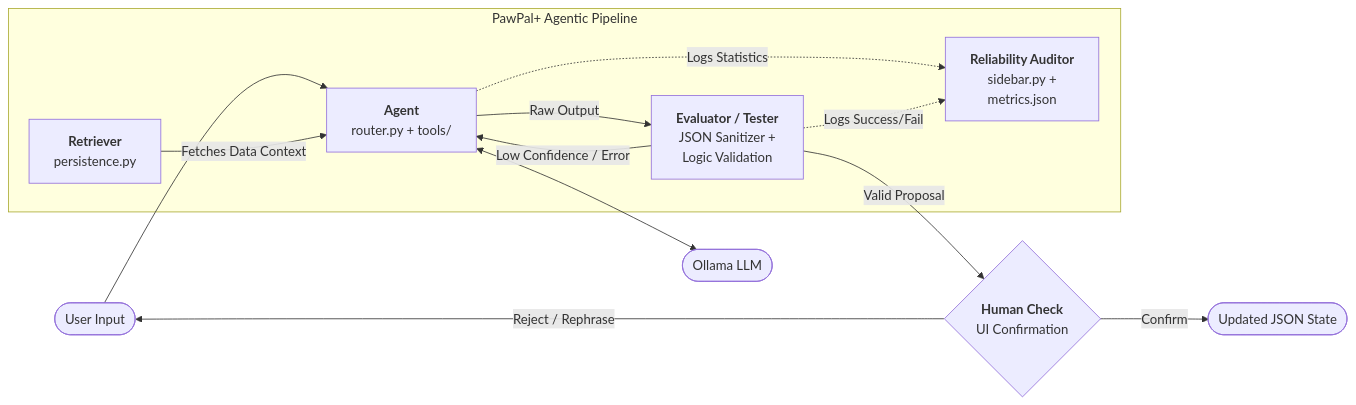
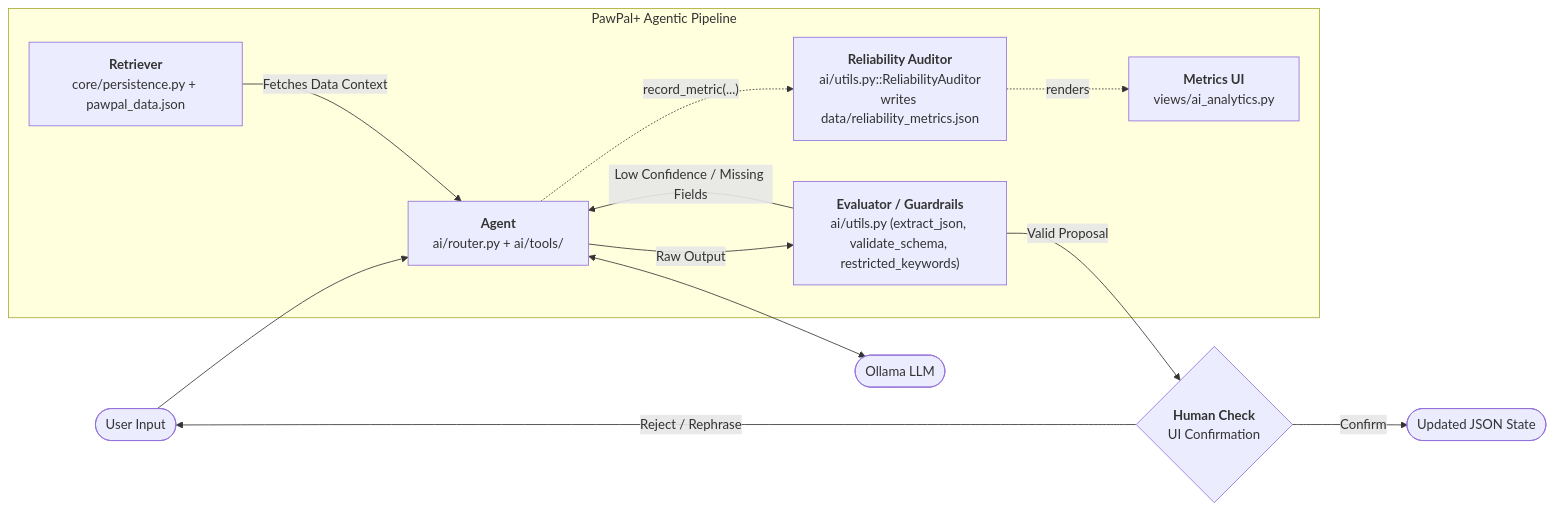
One commit to Mebsina/pawpal-ai-system-project changed the fourth of 4 diagrams in README.md. Above: the diagram before and after it, drawn with Mermaid. The commit also changed other lines of this file, not shown here.

Commit message:
docs: update mermaid diagrams

````diff
--- a/README.md
+++ b/README.md
@@ -182,24 +186,25 @@
 ```mermaid
 flowchart LR
     Input([User Input]) --> Agent
     
     subgraph System["PawPal+ Agentic Pipeline"]
-        Agent["<b>Agent</b><br/>router.py + tools/"]
-        Retriever["<b>Retriever</b><br/>persistence.py"]
-        Evaluator["<b>Evaluator / Tester</b><br/>JSON Sanitizer +<br/>Logic Validation"]
-        Auditor["<b>Reliability Auditor</b><br/>sidebar.py +<br/>metrics.json"]
+        Agent["<b>Agent</b><br/>ai/router.py + ai/tools/"]
+        Retriever["<b>Retriever</b><br/>core/persistence.py + pawpal_data.json"]
+        Evaluator["<b>Evaluator / Guardrails</b><br/>ai/utils.py (extract_json, validate_schema, restricted_keywords)"]
+        Auditor["<b>Reliability Auditor</b><br/>ai/utils.py::ReliabilityAuditor<br/>writes data/reliability_metrics.json"]
+        MetricsUI["<b>Metrics UI</b><br/>views/ai_analytics.py"]
     end
     
     Retriever -- "Fetches Data Context" --> Agent
     Agent <--> Ollama([Ollama LLM])
     Agent -- "Raw Output" --> Evaluator
     
-    Evaluator -- "Low Confidence / Error" --> Agent
+    Evaluator -- "Low Confidence / Missing Fields" --> Agent
     Evaluator -- "Valid Proposal" --> HumanCheck{<b>Human Check</b><br/>UI Confirmation}
     
     HumanCheck -- "Confirm" --> State([Updated JSON State])
     HumanCheck -- "Reject / Rephrase" --> Input
  
-    Agent -.->|"Logs Statistics"| Auditor
-    Evaluator -.->|"Logs Success/Fail"| Auditor
+    Agent -.->|"record_metric(...)"| Auditor
+    Auditor -.->|"renders"| MetricsUI
 ```
````
